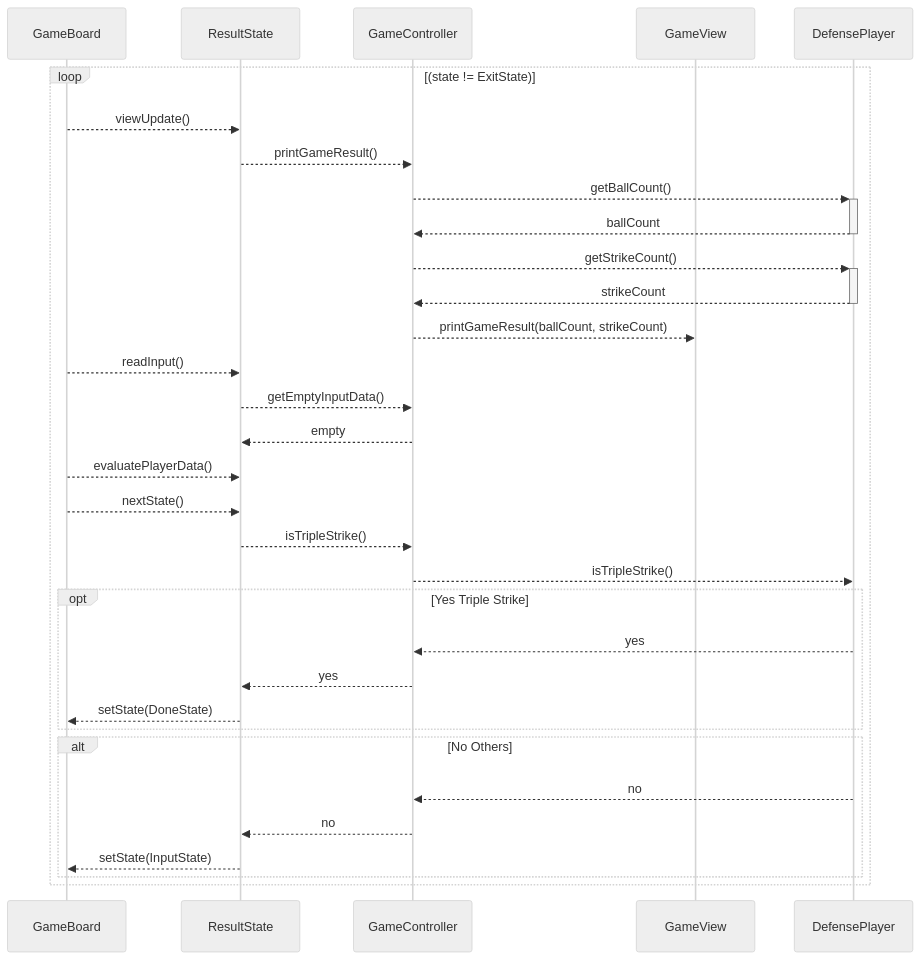
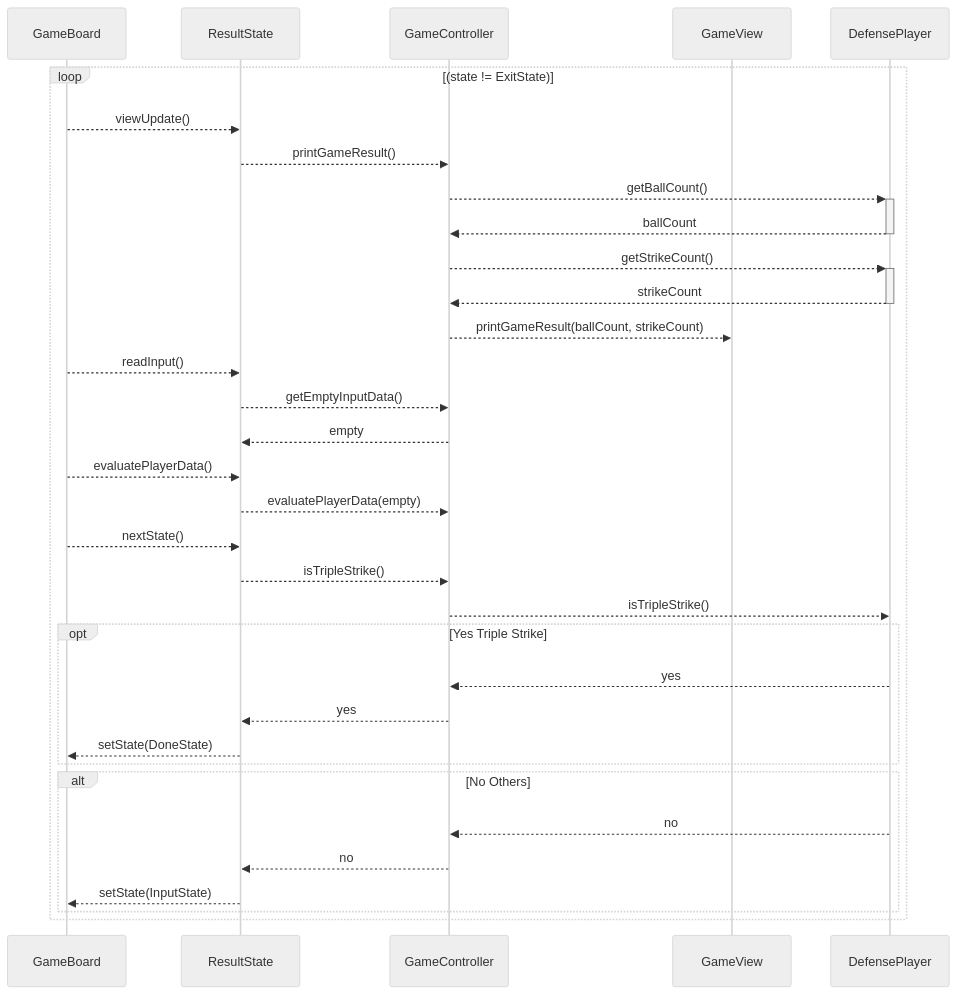
One commit to digiry/java-baseball-precourse changed the fourth of 7 diagrams in docs/sequence_diagram.md. Above: the diagram before and after it, drawn with Mermaid (neutral theme). The commit also changed other lines of this file and 3 other files, not shown here.

Commit message:
fix(GameController): add forwarding method to make random numbers for defense player

````diff
--- a/docs/sequence_diagram.md
+++ b/docs/sequence_diagram.md
@@ -110,40 +111,41 @@
 ```mermaid
 sequenceDiagram
     participant GameBoard
     participant ResultState
     participant GameController
     participant GameView
     participant DefensePlayer
 
     loop (state != ExitState)
         GameBoard -->> ResultState: viewUpdate()
         ResultState -->> GameController: printGameResult()
         GameController -->>+ DefensePlayer: getBallCount()
         DefensePlayer -->>- GameController: ballCount 
         GameController -->>+ DefensePlayer: getStrikeCount()
         DefensePlayer -->>- GameController: strikeCount 
         GameController -->> GameView: printGameResult(ballCount, strikeCount)
 
         GameBoard -->> ResultState: readInput()
         ResultState -->> GameController: getEmptyInputData()
         GameController -->> ResultState: empty
 
         GameBoard -->> ResultState: evaluatePlayerData()
+        ResultState -->> GameController: evaluatePlayerData(empty)
 
         GameBoard -->> ResultState: nextState()
         ResultState -->> GameController: isTripleStrike()
         GameController -->> DefensePlayer: isTripleStrike()
         opt Yes Triple Strike
             DefensePlayer -->> GameController: yes
             GameController -->> ResultState: yes
             ResultState -->> GameBoard: setState(DoneState)
         end
 
         alt No Others
             DefensePlayer -->> GameController: no
             GameController -->> ResultState: no
             ResultState -->> GameBoard: setState(InputState)
         end
     end
 
 ```
````
